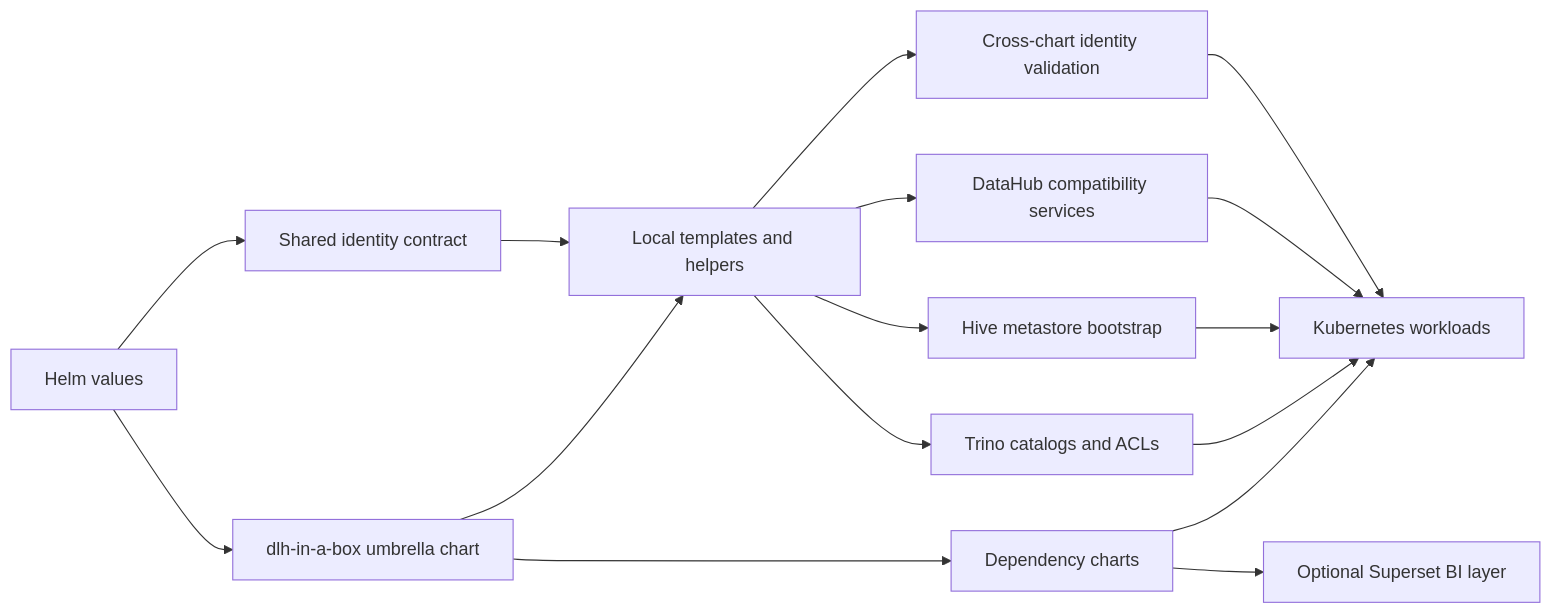
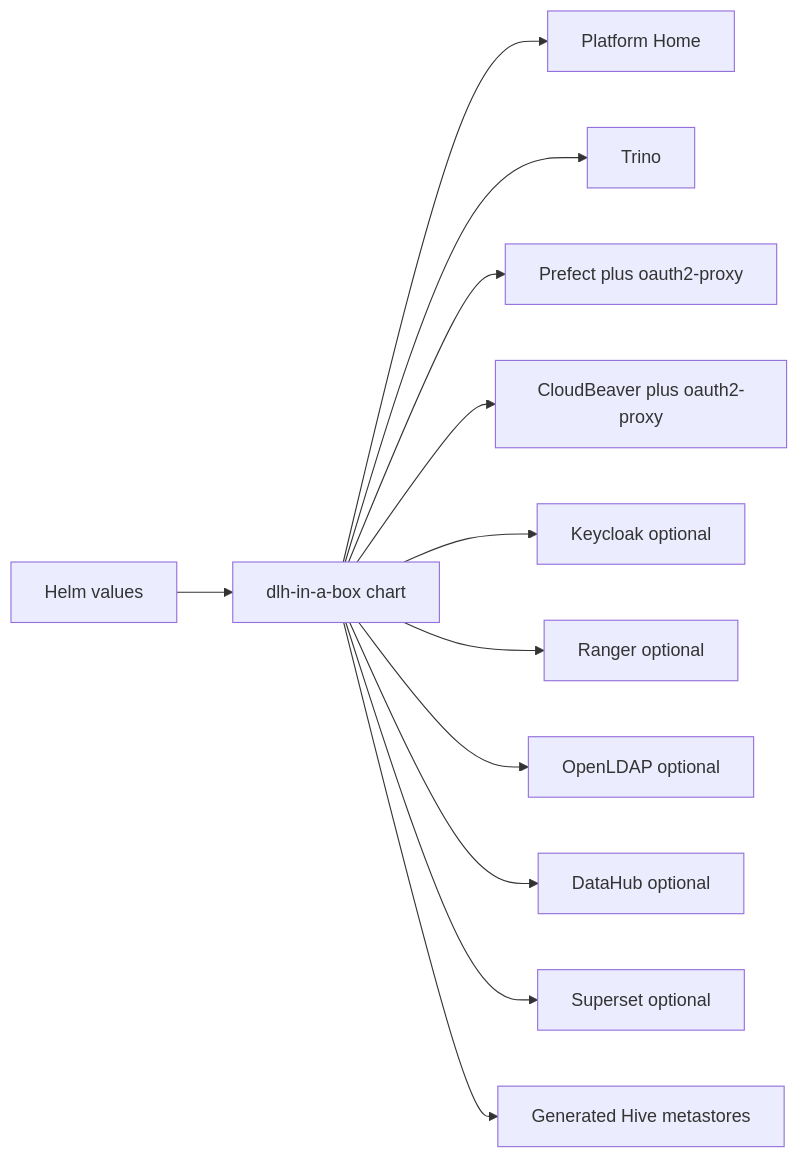
One commit to sanger-pathogens/dlh-in-a-box-umbrella-helm-chart changed the diagram in charts/dlh-in-a-box/README.md. Above: the diagram before and after it, drawn with Mermaid. The commit also changed other lines of this file and 54 other files, not shown here.

Commit message:
Add Ranger-first identity, portal, and policy controls

````diff
--- a/charts/dlh-in-a-box/README.md
+++ b/charts/dlh-in-a-box/README.md
@@ -14,20 +13,14 @@
 ```mermaid
 flowchart LR
-  Values[Helm values] --> Umbrella[dlh-in-a-box umbrella chart]
-  Umbrella --> LocalGlue[Local templates and helpers]
-  Umbrella --> Dependencies[Dependency charts]
-  Values --> SharedIdentity[Shared identity contract]
-
-  LocalGlue --> Catalogs[Trino catalogs and ACLs]
-  LocalGlue --> HiveBootstrap[Hive metastore bootstrap]
-  LocalGlue --> DataHubCompat[DataHub compatibility services]
-  LocalGlue --> IdentityValidation[Cross-chart identity validation]
-
-  Dependencies --> Runtime[Kubernetes workloads]
-  Dependencies --> SupersetBI[Optional Superset BI layer]
-  Catalogs --> Runtime
-  HiveBootstrap --> Runtime
-  DataHubCompat --> Runtime
-  SharedIdentity --> LocalGlue
-  IdentityValidation --> Runtime
+  Values[Helm values] --> Umbrella[dlh-in-a-box chart]
+  Umbrella --> Portal[Platform Home]
+  Umbrella --> Trino[Trino]
+  Umbrella --> Prefect[Prefect plus oauth2-proxy]
+  Umbrella --> CloudBeaver[CloudBeaver plus oauth2-proxy]
+  Umbrella --> Keycloak[Keycloak optional]
+  Umbrella --> Ranger[Ranger optional]
+  Umbrella --> OpenLDAP[OpenLDAP optional]
+  Umbrella --> DataHub[DataHub optional]
+  Umbrella --> Superset[Superset optional]
+  Umbrella --> Hive[Generated Hive metastores]
 ```
````
